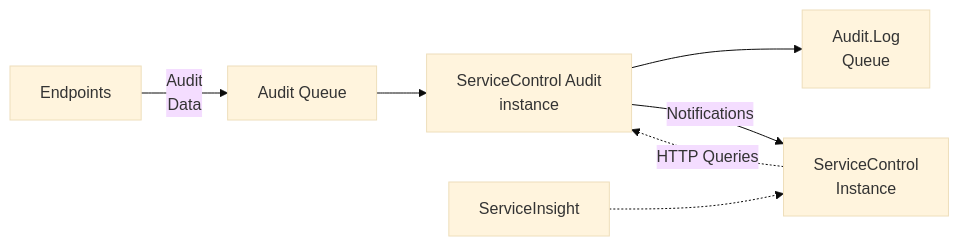
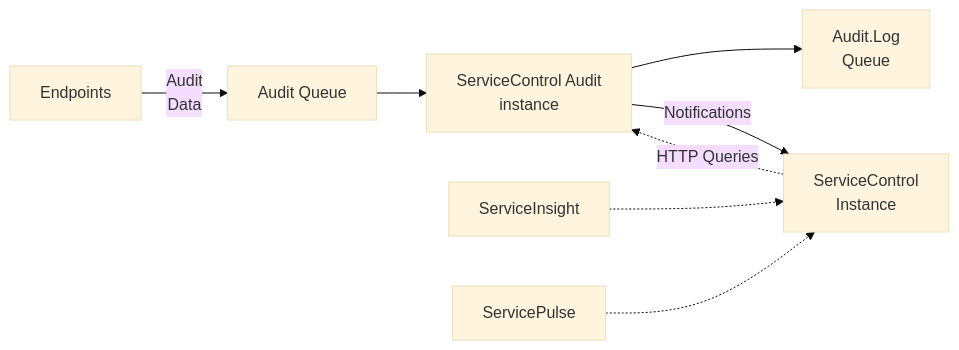
Before and after one commit to Particular/docs.particular.net: the diagram in servicecontrol/audit-instances/index.md, drawn with Mermaid (base theme). The commit also changed other lines of this file and 25 other files, not shown here.

Commit message:
replace or unify all ServiceInsight references with ServicePulse references, except in the dedicated SI pages

````diff
--- a/servicecontrol/audit-instances/index.md
+++ b/servicecontrol/audit-instances/index.md
@@ -14,14 +14,15 @@
 ```mermaid
 graph LR
   Endpoints -- Audit<br>Data --> AuditQ[Audit Queue]
 
   SCA[ServiceControl Audit<br>instance]
   SC[ServiceControl<br>Instance]
   AuditQ --> SCA
 
   ServiceInsight -.-> SC
+  ServicePulse -.-> SC
   SCA --> AuditLog[Audit.Log<br>Queue]
 
   SC -. HTTP Queries .-> SCA
   SCA -- Notifications --> SC
 ```
````
